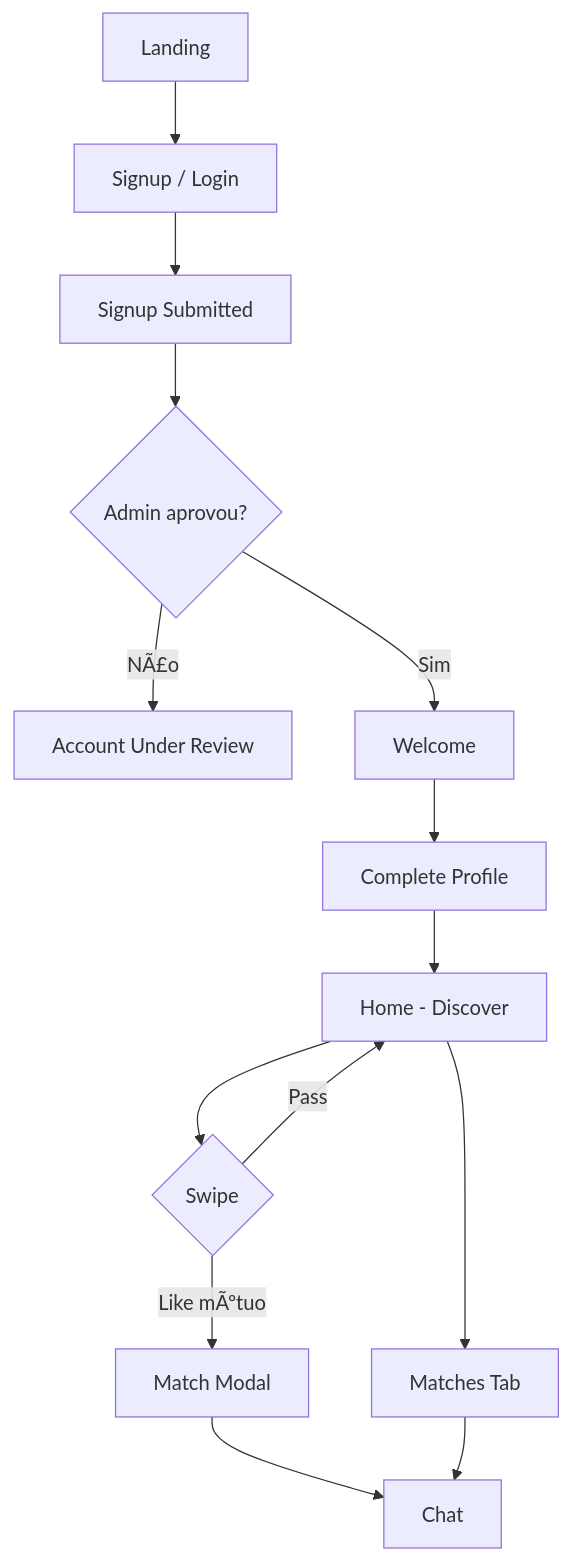
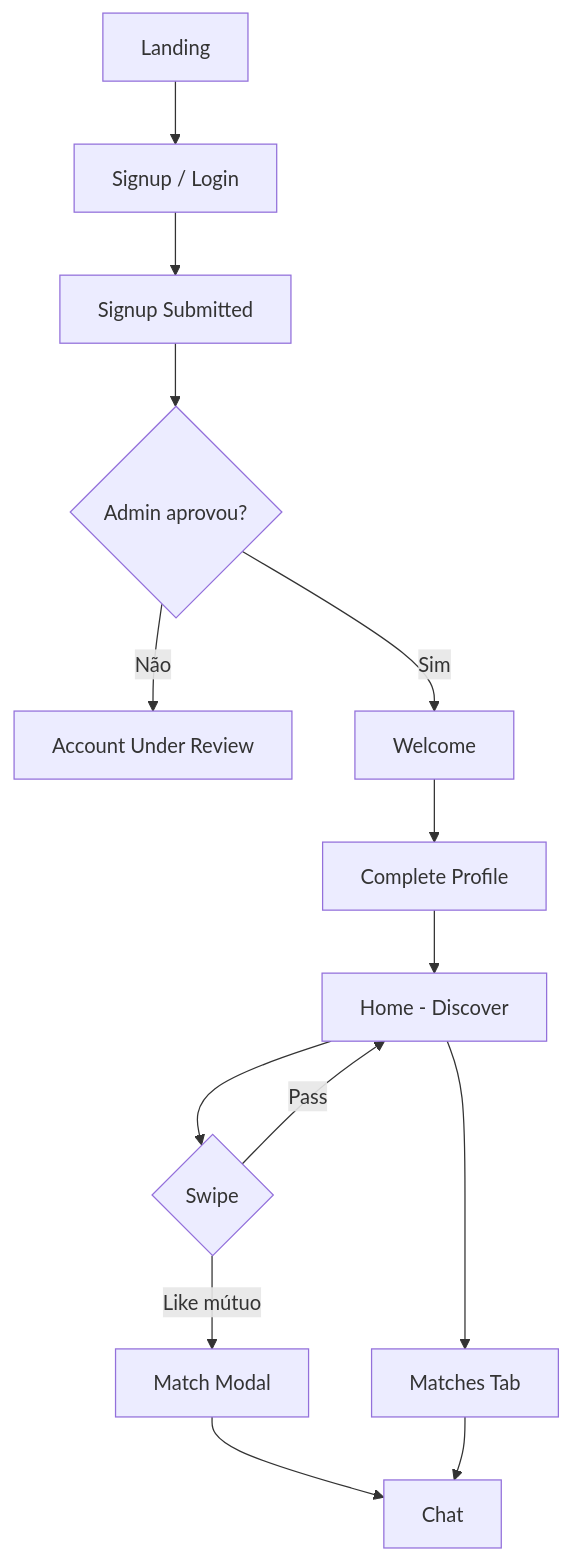
Before and after one commit to alexpyreis/Unio-MVP: the diagram in docs/ESTRUTURA.md, drawn with Mermaid. The commit also changed other lines of this file and 1 other file, not shown here.

````diff
--- a/docs/ESTRUTURA.md
+++ b/docs/ESTRUTURA.md
@@ -154,16 +131,16 @@
 ```mermaid
 flowchart TD
     A[Landing] --> B[Signup / Login]
     B --> C[Signup Submitted]
     C --> D{Admin aprovou?}
-    D -->|NÃ£o| E[Account Under Review]
+    D -->|Não| E[Account Under Review]
     D -->|Sim| F[Welcome]
     F --> G[Complete Profile]
     G --> H[Home - Discover]
     H --> I{Swipe}
-    I -->|Like mÃºtuo| J[Match Modal]
+    I -->|Like mútuo| J[Match Modal]
     J --> K[Chat]
     I -->|Pass| H
     H --> L[Matches Tab]
     L --> K
 ```
````
